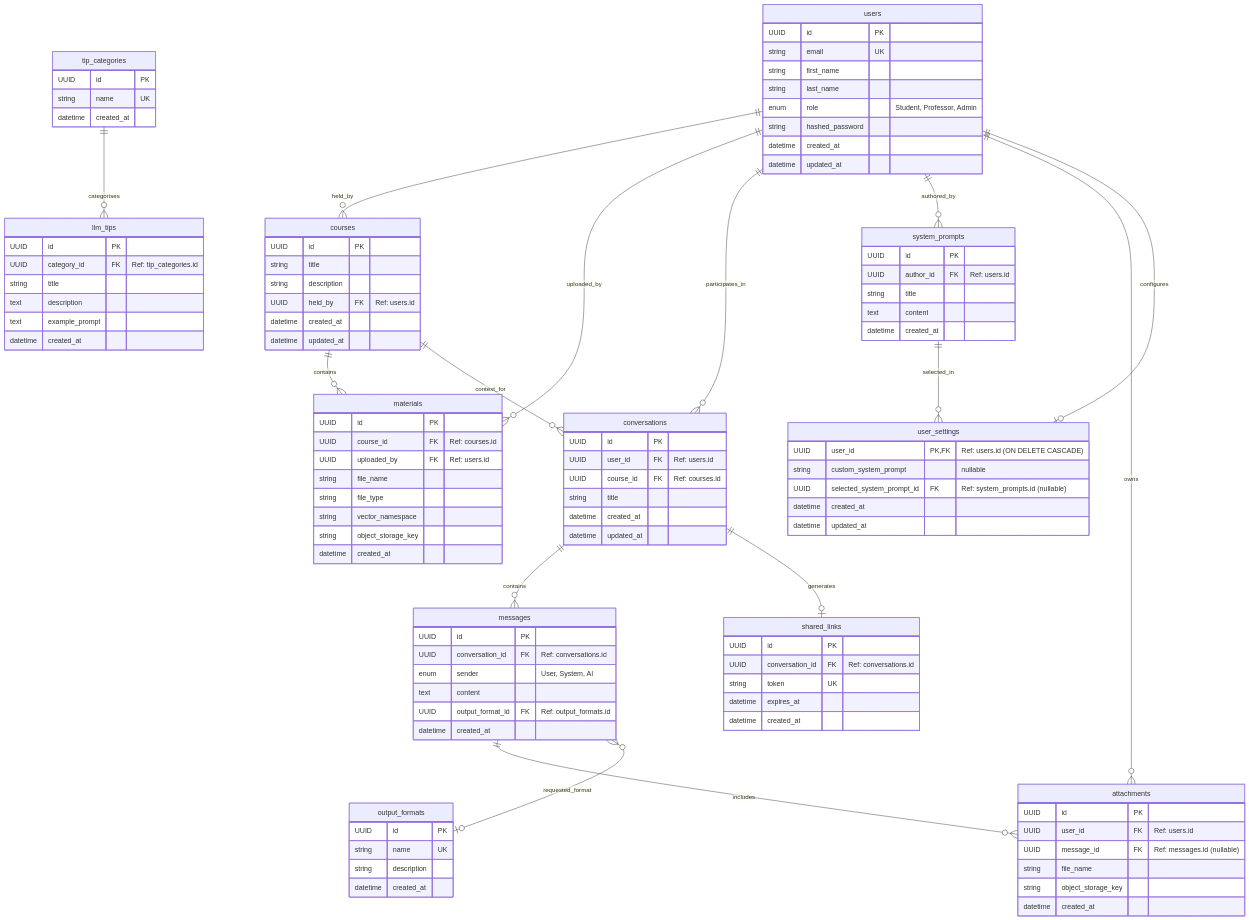
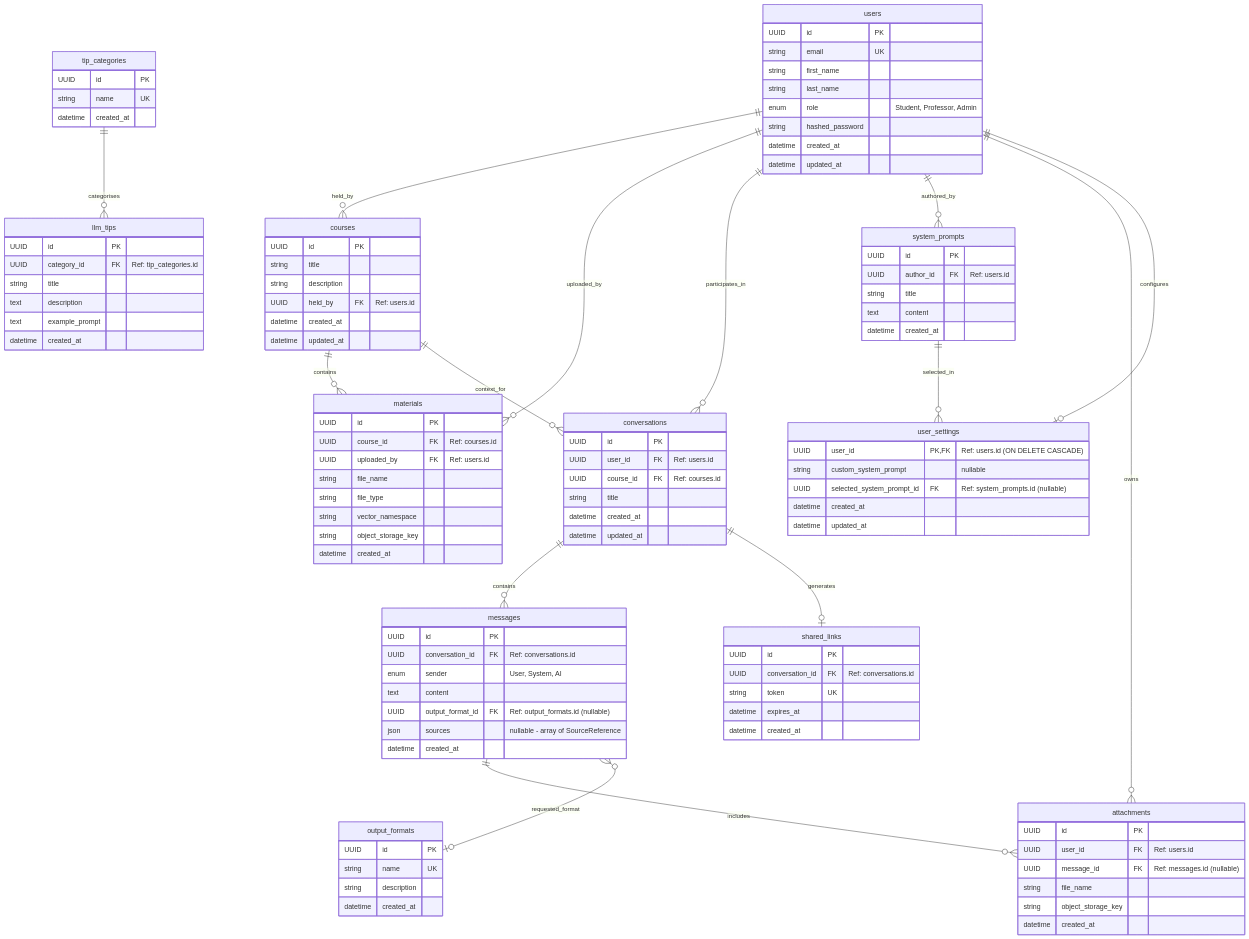
Before and after one commit to ULBS-cauci/backend: the first of 3 diagrams in DATABASE_SCHEMA.md, drawn with Mermaid. The commit also changed other lines of this file and 9 other files, not shown here.

```diff
--- a/DATABASE_SCHEMA.md
+++ b/DATABASE_SCHEMA.md
@@ -66,7 +66,8 @@
         UUID conversation_id FK "Ref: conversations.id"
         enum sender "User, System, AI"
         text content
-        UUID output_format_id FK "Ref: output_formats.id"
+        UUID output_format_id FK "Ref: output_formats.id (nullable)"
+        json sources "nullable - array of SourceReference"
         datetime created_at
     }
 
```
